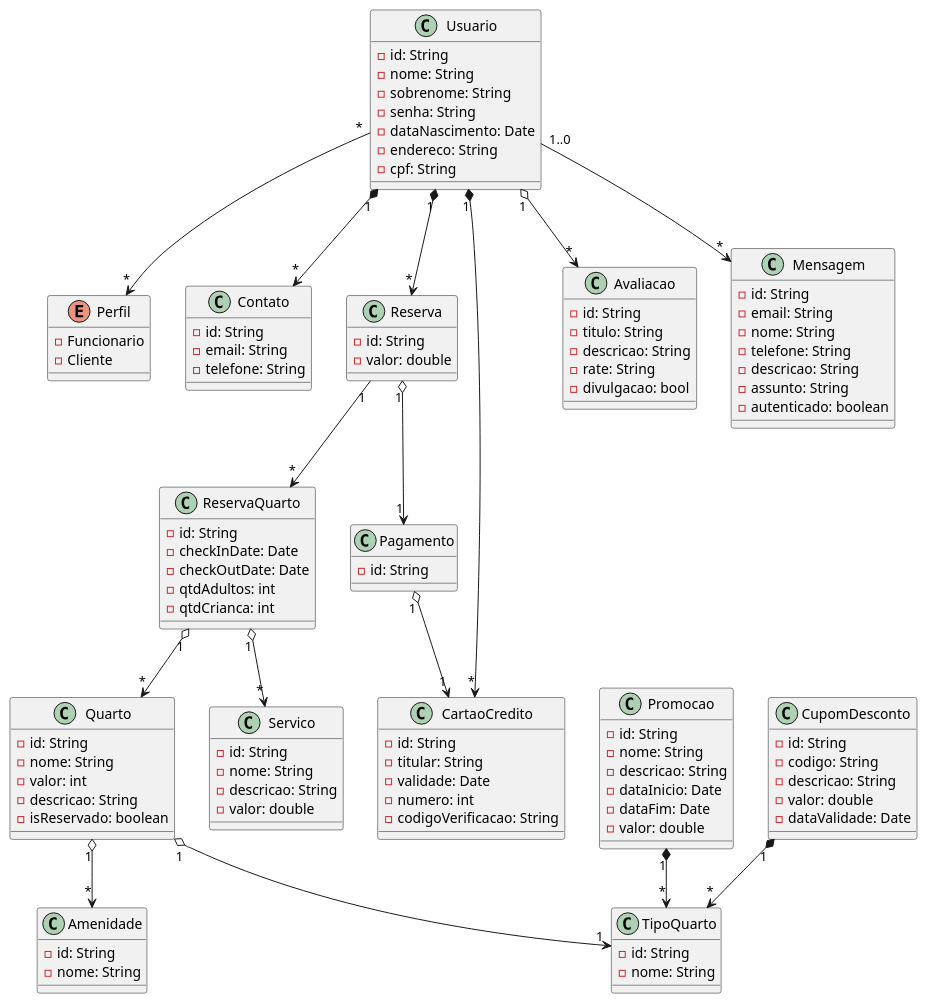
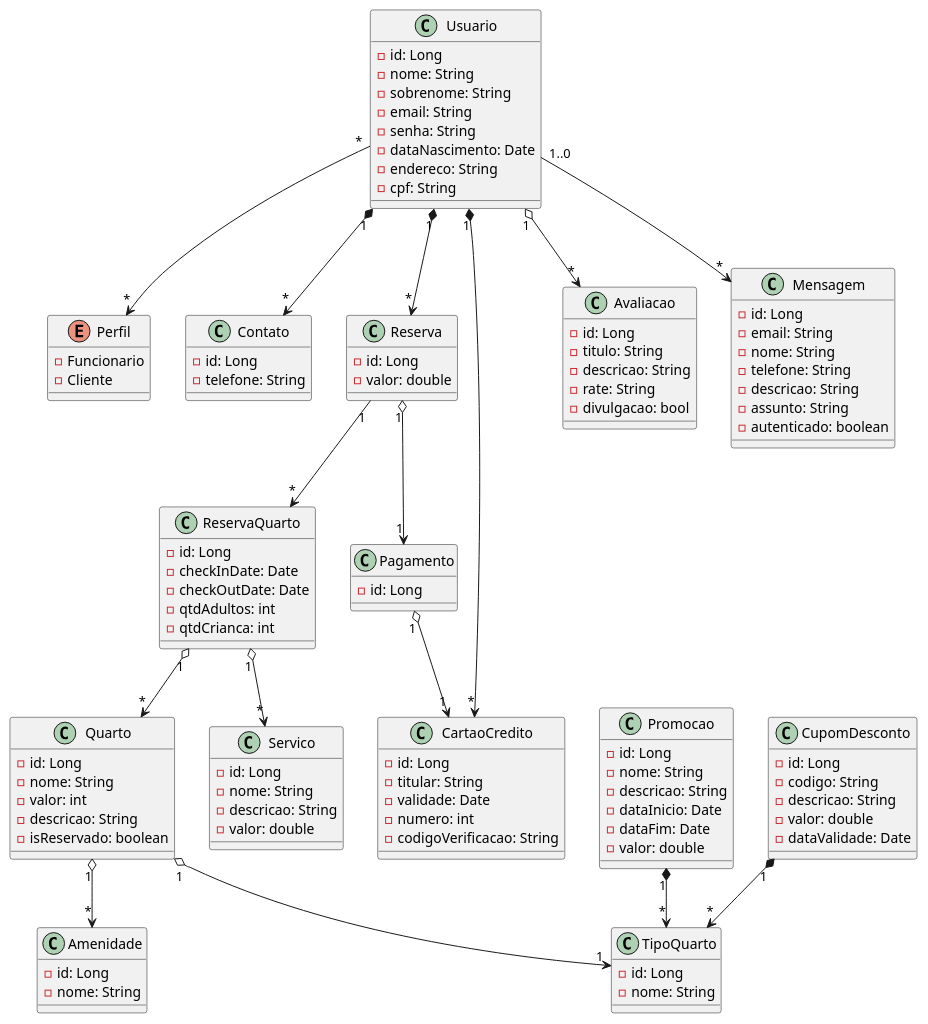
Before and after one commit to Juliana-Paz/quarkus-hotel: the diagram in src/main/resources/documents/Uml_Hotel_Final.puml, drawn with PlantUML. The commit also changed 9 other files, not shown here.

```diff
--- a/src/main/resources/documents/Uml_Hotel_Final.puml
+++ b/src/main/resources/documents/Uml_Hotel_Final.puml
@@ -1,126 +1,126 @@
 @startuml OasisHotel
 
 class Usuario {
-    - id: String
+    - id: Long
     - nome: String
     - sobrenome: String
+    - email: String
     - senha: String
     - dataNascimento: Date
     - endereco: String
     - cpf: String
 }
 
 enum Perfil {
     - Funcionario
     - Cliente
 }
 
 class Contato {
-    - id: String
-    - email: String
+    - id: Long
     - telefone: String
 }
 
 class Quarto {
-    - id: String
+    - id: Long
     - nome: String
     - valor: int
     - descricao: String
     - isReservado: boolean
 }
 
 class TipoQuarto {
-    - id: String
+    - id: Long
     - nome: String
 }
 
 class Amenidade {
-    - id: String
+    - id: Long
     - nome: String
 }
 
 class Promocao {
-    - id: String
+    - id: Long
     - nome: String
     - descricao: String
     - dataInicio: Date
     - dataFim: Date
     - valor: double
 }
 
 class ReservaQuarto {
-    - id: String
+    - id: Long
     - checkInDate: Date
     - checkOutDate: Date
     - qtdAdultos: int
     - qtdCrianca: int
 }
 
 class Servico {
-    - id: String
+    - id: Long
     - nome: String
     - descricao: String
     - valor: double
 }
 
 class Reserva {
-    - id: String
+    - id: Long
     - valor: double
 }
 
 class Pagamento {
-    - id: String
+    - id: Long
 }
 
 class CartaoCredito {
-    - id: String
+    - id: Long
     - titular: String
     - validade: Date
     - numero: int 
     - codigoVerificacao: String
 }
 
 class CupomDesconto {
-    - id: String
+    - id: Long
     - codigo: String
     - descricao: String
     - valor: double
     - dataValidade: Date
 }
 
 class Avaliacao {
-    - id: String
+    - id: Long
     - titulo: String
     - descricao: String
     - rate: String
     - divulgacao: bool
 }
 
 class Mensagem {
-    - id: String
+    - id: Long
     - email: String
     - nome: String
     - telefone: String
     - descricao: String
     - assunto: String
     - autenticado: boolean
 }
 
 Usuario "1" *--> "*" Contato
 Usuario "1..0" --> "*" Mensagem
 Usuario "*" --> "*" Perfil
 Usuario "1" *--> "*" CartaoCredito
 Usuario "1" o--> "*" Avaliacao
 Usuario "1" *--> "*" Reserva
 Reserva "1" o--> "1" Pagamento
 Pagamento "1" o--> "1" CartaoCredito
 Reserva "1" --> "*" ReservaQuarto
 ReservaQuarto "1" o--> "*" Servico
 ReservaQuarto "1" o--> "*" Quarto
 Quarto "1" o--> "*" Amenidade
 Quarto "1" o--> "1" TipoQuarto
 Promocao "1" *--> "*" TipoQuarto
 CupomDesconto "1" *--> "*" TipoQuarto
 
 
 @enduml
```
